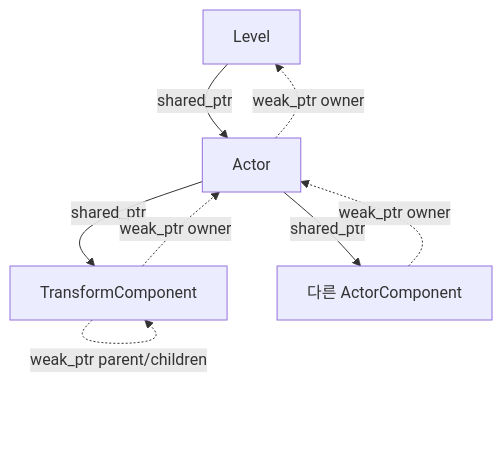
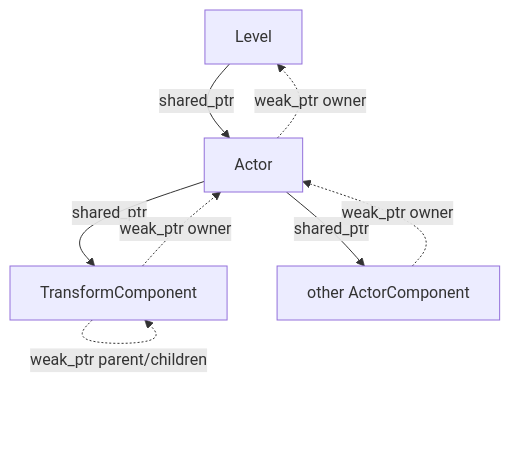
The second of 2 diagrams in docs/ARCHITECTURE.md (9kyo-hwang/ConsoleGameProject), drawn with Mermaid before and after one commit. The commit also changed other lines of this file and 17 other files, not shown here.

````diff
--- a/docs/ARCHITECTURE.md
+++ b/docs/ARCHITECTURE.md
@@ -66,10 +70,10 @@
 ```mermaid
 flowchart TD
     Level -- shared_ptr --> Actor
     Actor -. weak_ptr owner .-> Level
     Actor -- shared_ptr --> Transform[TransformComponent]
-    Actor -- shared_ptr --> Components[다른 ActorComponent]
+    Actor -- shared_ptr --> Components[other ActorComponent]
     Transform -. weak_ptr owner .-> Actor
     Components -. weak_ptr owner .-> Actor
     Transform -. weak_ptr parent/children .-> Transform
 ```
````
